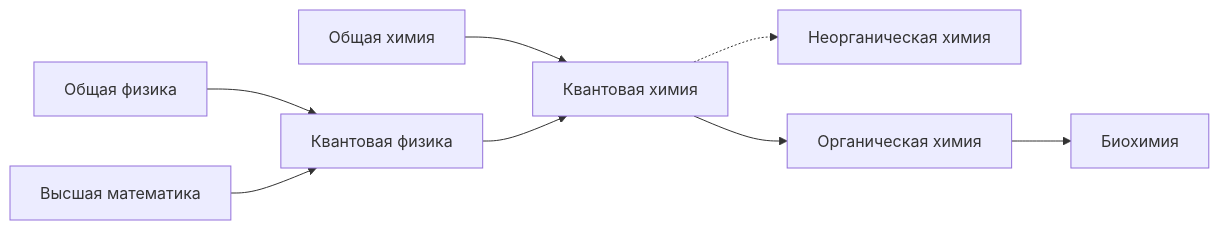
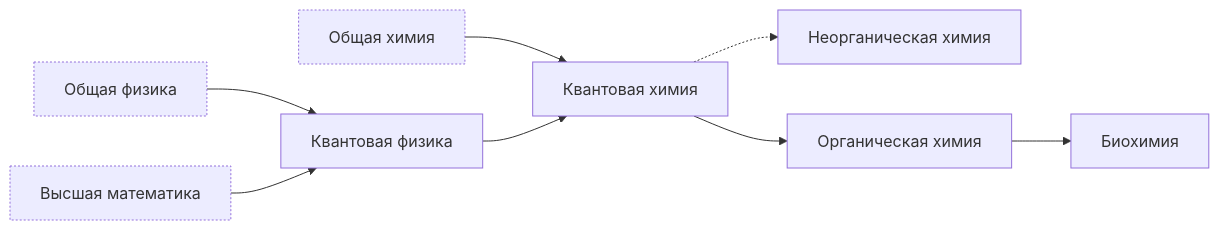
Before and after one commit to prozion/anti-aging-education: the diagram in learning-tracks.md, drawn with Mermaid.

````diff
--- a/learning-tracks.md
+++ b/learning-tracks.md
@@ -7,21 +7,21 @@
 ```mermaid
 flowchart LR;
     Mgen[Высшая математика]:::cond;
     Phgen[Общая физика]:::cond;
     Phq[Квантовая физика];
     Chgen[Общая химия]:::cond;
     Chnorg[Неорганическая химия];
     Chorg[Органическая химия];
     Chq[Квантовая химия];
     Bioch[Биохимия];
 
     Chgen --> Chq --> Chorg --> Bioch;
     Chq -.-> Chnorg;
     Phgen --> Phq --> Chq;
     Mgen --> Phq;
 
-    classDef cond stroke-dasharay:2,2;
+    classDef cond stroke-dasharray:2,2;
 
     click Chorg "https://github.com/prozion/anti-aging-education/#органическая-химия" _blank
     click Chq "https://github.com/prozion/anti-aging-education/#квантовая-химия" _blank
 ```
````
